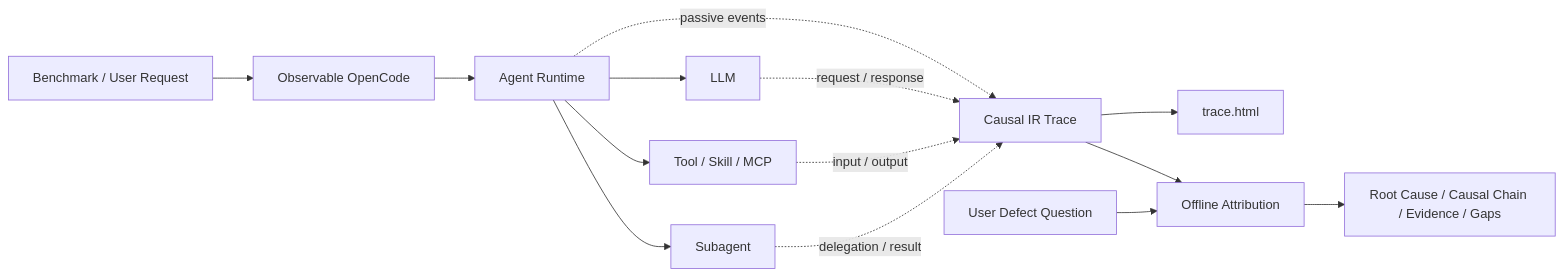
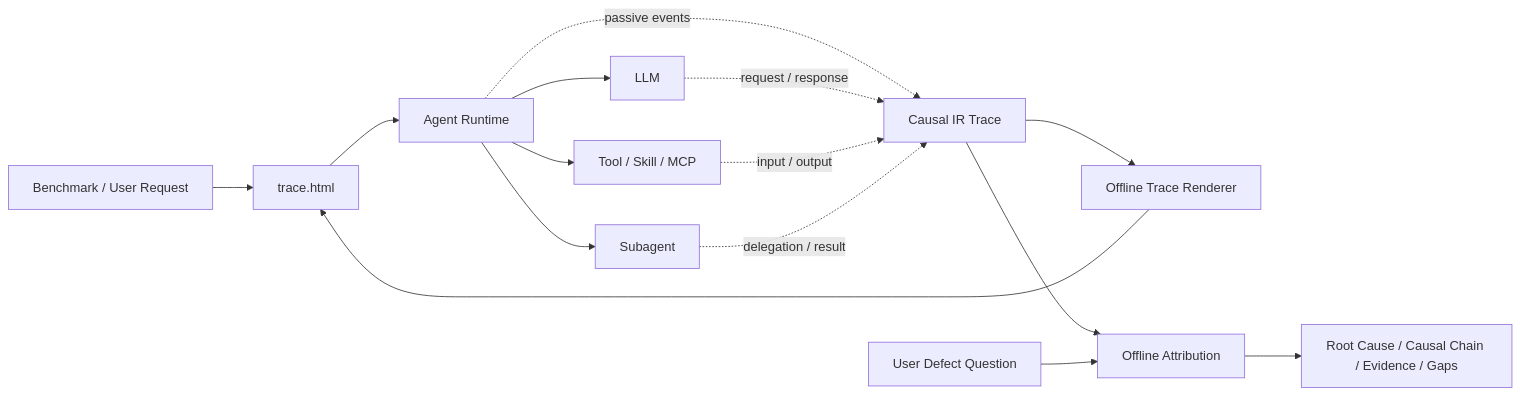
One commit to zyscoder/observable-opencode changed the diagram in README.md. Above: the diagram before and after it, drawn with Mermaid. The commit also changed other lines of this file and 2 other files, not shown here.

Commit message:
build: publish offline trace renderer

````diff
--- a/README.md
+++ b/README.md
@@ -19,16 +19,17 @@
 ```mermaid
 flowchart LR
     B["Benchmark / User Request"] --> H["Observable OpenCode"]
     H --> A["Agent Runtime"]
     A --> L["LLM"]
     A --> T["Tool / Skill / MCP"]
     A --> S["Subagent"]
     A -. "passive events" .-> C["Causal IR Trace"]
     L -. "request / response" .-> C
     T -. "input / output" .-> C
     S -. "delegation / result" .-> C
-    C --> V["trace.html"]
+    C --> V["Offline Trace Renderer"]
+    V --> H["trace.html"]
     C --> R["Offline Attribution"]
     Q["User Defect Question"] --> R
     R --> O["Root Cause / Causal Chain / Evidence / Gaps"]
 ```
````
